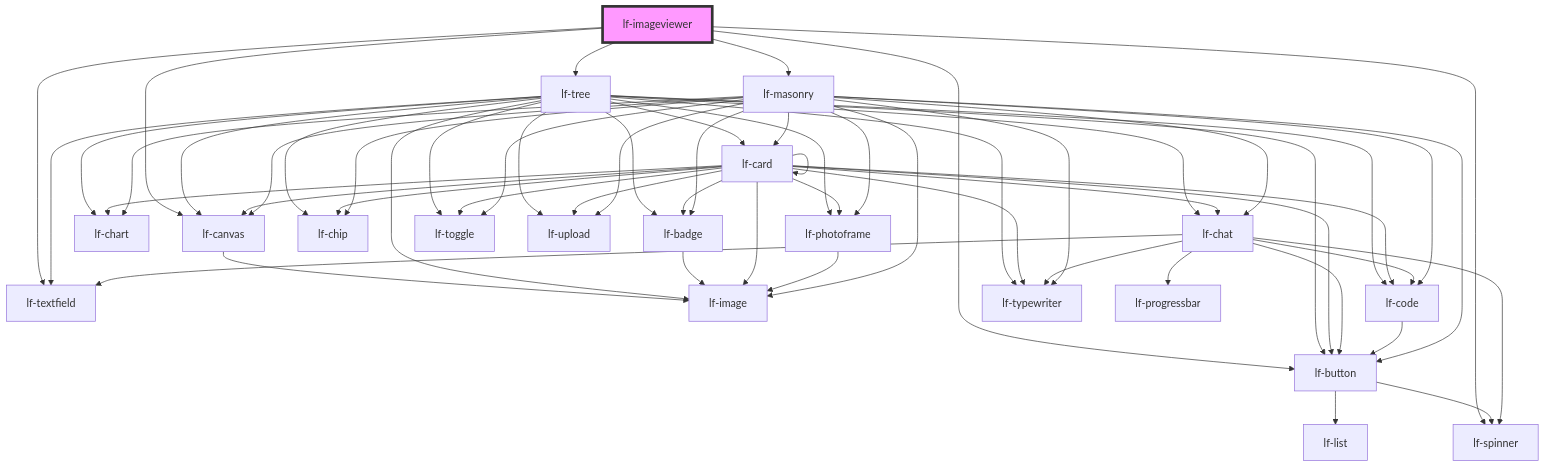
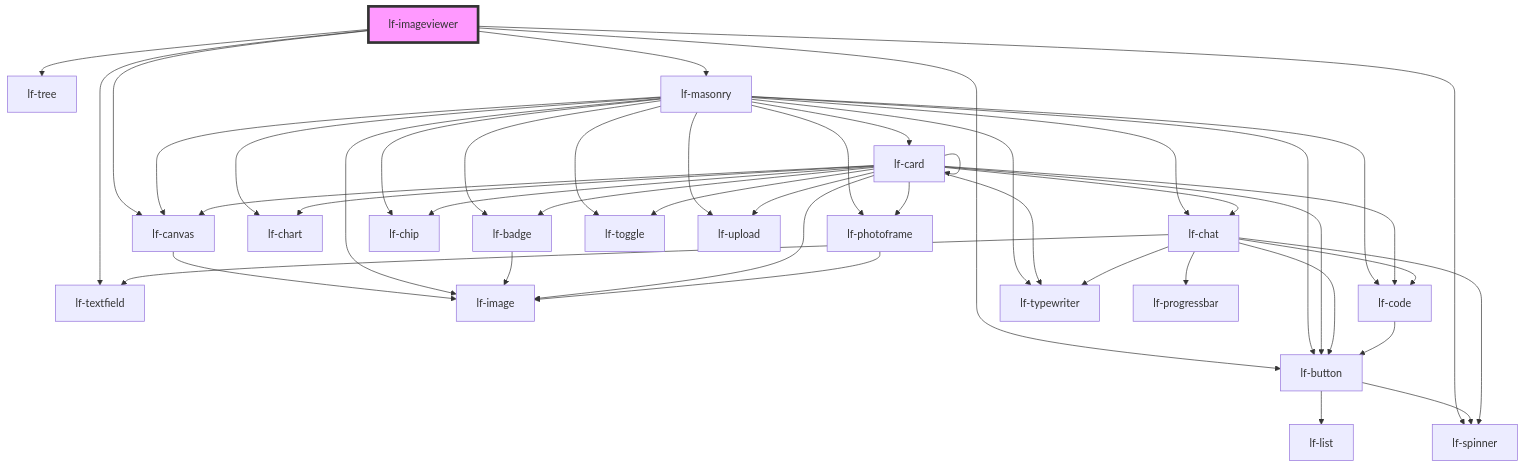
The diagram in packages/core/src/components/lf-imageviewer/readme.md (lucafoscili/lf-widgets), drawn with Mermaid before and after one commit. The commit also changed 16 other files, not shown here.

````diff
--- a/packages/core/src/components/lf-imageviewer/readme.md
+++ b/packages/core/src/components/lf-imageviewer/readme.md
@@ -194,62 +194,48 @@
 ```mermaid
 graph TD;
   lf-imageviewer --> lf-canvas
   lf-imageviewer --> lf-button
   lf-imageviewer --> lf-spinner
   lf-imageviewer --> lf-tree
   lf-imageviewer --> lf-masonry
   lf-imageviewer --> lf-textfield
   lf-canvas --> lf-image
   lf-button --> lf-list
   lf-button --> lf-spinner
-  lf-tree --> lf-textfield
-  lf-tree --> lf-badge
-  lf-tree --> lf-button
-  lf-tree --> lf-canvas
-  lf-tree --> lf-card
-  lf-tree --> lf-chart
-  lf-tree --> lf-chat
-  lf-tree --> lf-chip
-  lf-tree --> lf-code
-  lf-tree --> lf-image
-  lf-tree --> lf-photoframe
-  lf-tree --> lf-toggle
-  lf-tree --> lf-typewriter
-  lf-tree --> lf-upload
+  lf-masonry --> lf-badge
+  lf-masonry --> lf-button
+  lf-masonry --> lf-canvas
+  lf-masonry --> lf-card
+  lf-masonry --> lf-chart
+  lf-masonry --> lf-chat
+  lf-masonry --> lf-chip
+  lf-masonry --> lf-code
+  lf-masonry --> lf-image
+  lf-masonry --> lf-photoframe
+  lf-masonry --> lf-toggle
+  lf-masonry --> lf-typewriter
+  lf-masonry --> lf-upload
   lf-badge --> lf-image
   lf-card --> lf-badge
   lf-card --> lf-button
   lf-card --> lf-canvas
   lf-card --> lf-card
   lf-card --> lf-chart
   lf-card --> lf-chat
   lf-card --> lf-chip
   lf-card --> lf-code
   lf-card --> lf-image
   lf-card --> lf-photoframe
   lf-card --> lf-toggle
   lf-card --> lf-typewriter
   lf-card --> lf-upload
   lf-chat --> lf-spinner
   lf-chat --> lf-code
   lf-chat --> lf-button
   lf-chat --> lf-typewriter
   lf-chat --> lf-progressbar
   lf-chat --> lf-textfield
   lf-code --> lf-button
   lf-photoframe --> lf-image
-  lf-masonry --> lf-badge
-  lf-masonry --> lf-button
-  lf-masonry --> lf-canvas
-  lf-masonry --> lf-card
-  lf-masonry --> lf-chart
-  lf-masonry --> lf-chat
-  lf-masonry --> lf-chip
-  lf-masonry --> lf-code
-  lf-masonry --> lf-image
-  lf-masonry --> lf-photoframe
-  lf-masonry --> lf-toggle
-  lf-masonry --> lf-typewriter
-  lf-masonry --> lf-upload
   style lf-imageviewer fill:#f9f,stroke:#333,stroke-width:4px
 ```
````
